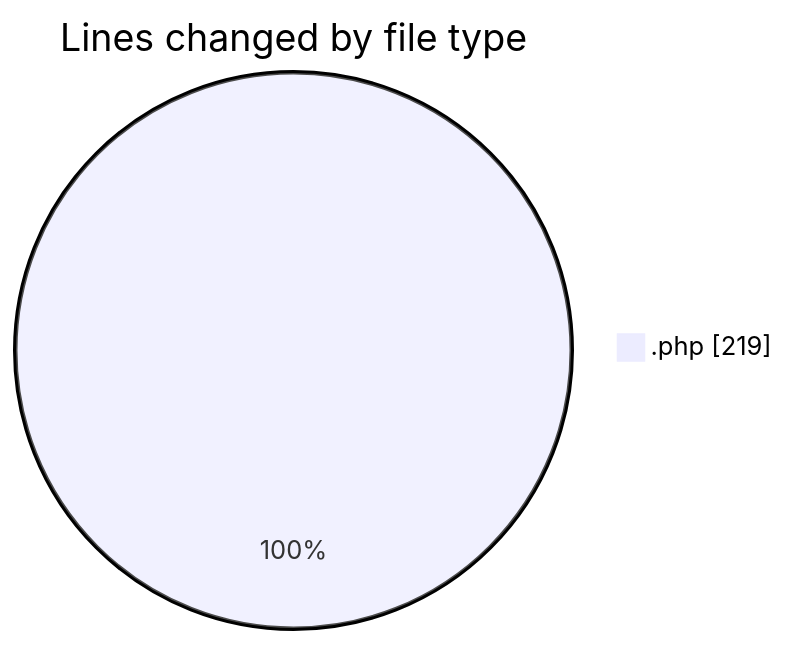
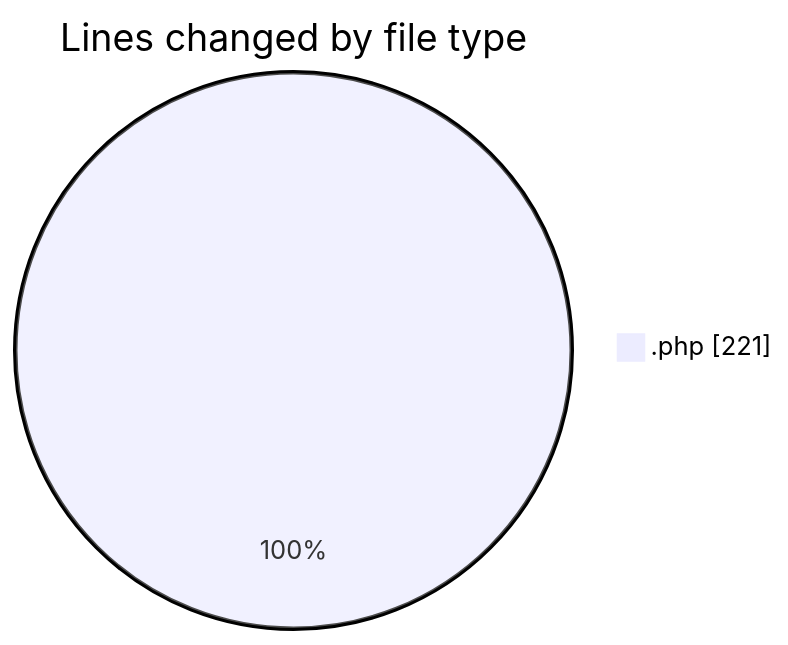
Before and after one commit to LanceThiago/code-tracking: the first of 2 diagrams in 2025-09-16/totem2/README.md, drawn with Mermaid. The commit also changed other lines of this file and 1 other file, not shown here.

````diff
--- a/2025-09-16/totem2/README.md
+++ b/2025-09-16/totem2/README.md
@@ -21,5 +21,5 @@
 ```mermaid
 pie showData
 title Lines changed by file type
-".php" : 219
+".php" : 221
 ```
````
